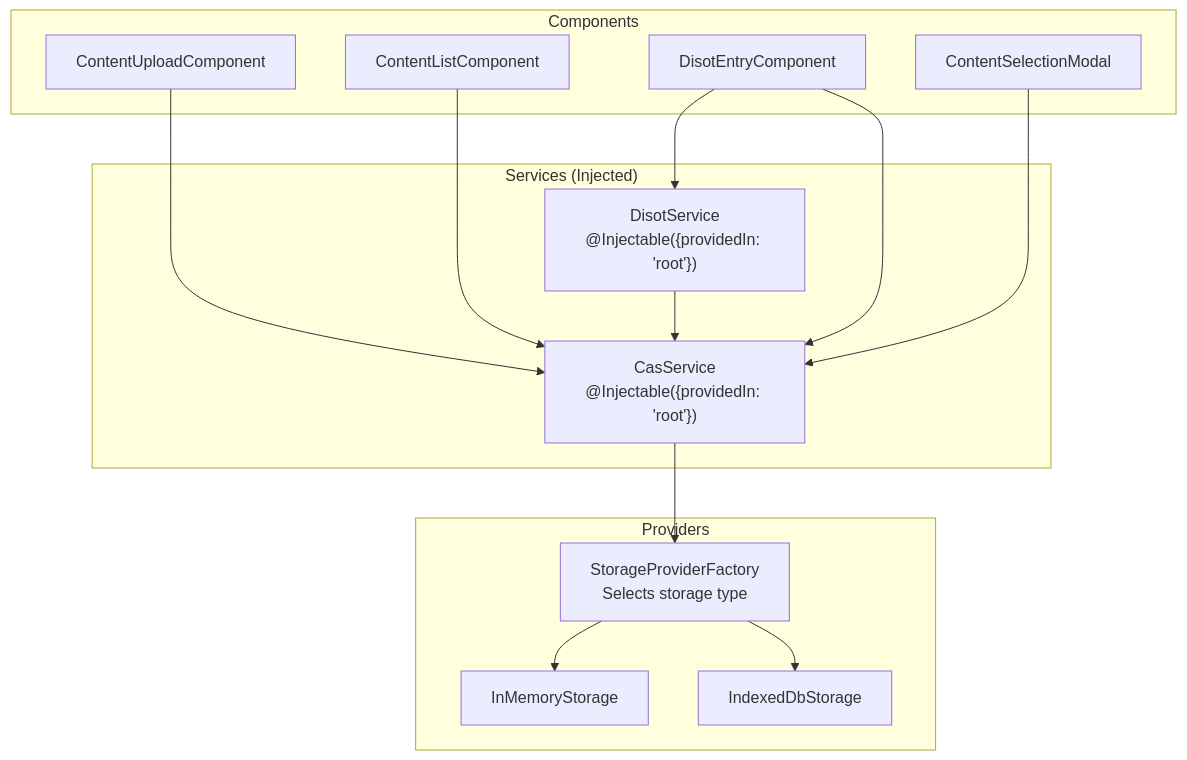
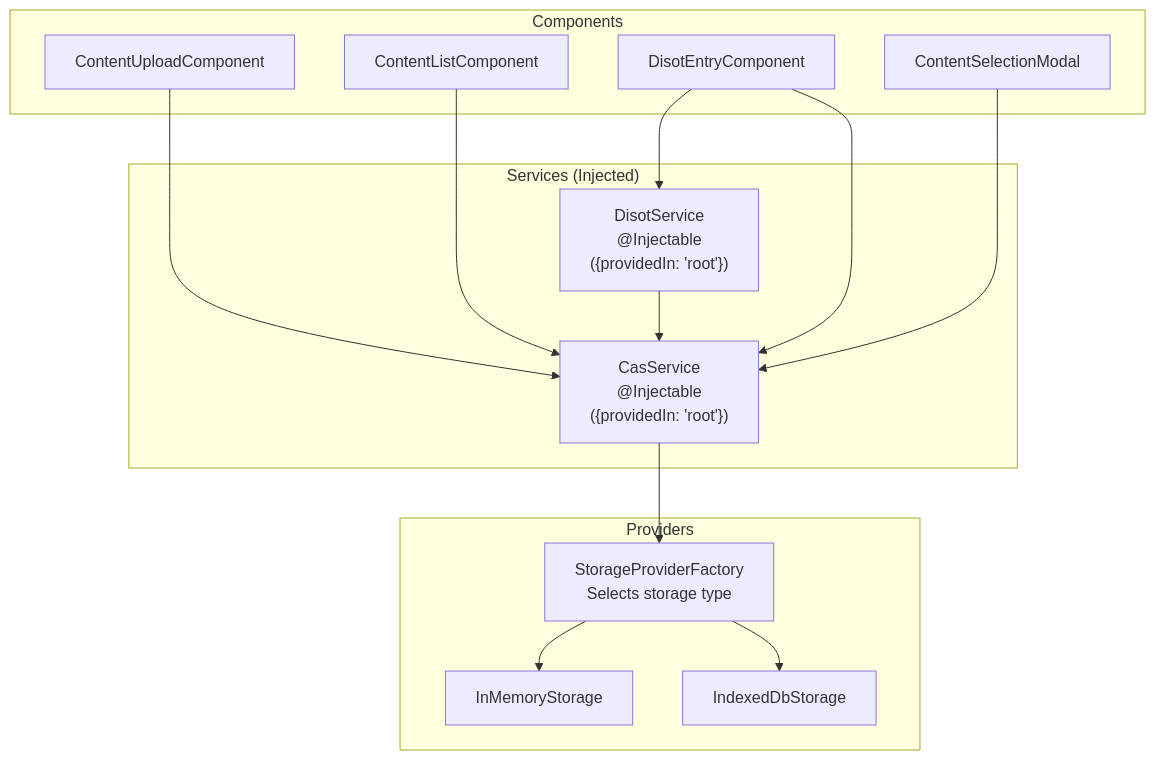
One commit to o2alexanderfedin/angular-cas-disot changed the third of 13 diagrams in docs/architecture/service-architecture.md. Above: the diagram before and after it, drawn with Mermaid. The commit also changed 1 other file, not shown here.

Commit message:
fix: apply consistent multi-line formatting to @Injectable labels
- Split @Injectable({providedIn: 'root'}) across lines for better layout
- Prevents node width issues in Mermaid diagrams
- Consistent with the pattern already applied to CAS service

🤖 Generated with [Claude Code](https://claude.ai/code)

````diff
--- a/docs/architecture/service-architecture.md
+++ b/docs/architecture/service-architecture.md
@@ -66,31 +66,31 @@
 ```mermaid
 graph TD
     subgraph "Components"
         UPLOAD[ContentUploadComponent]
         LIST[ContentListComponent]
         DISOT_COMP[DisotEntryComponent]
         MODAL[ContentSelectionModal]
     end
     
     subgraph "Services (Injected)"
-        CAS["CasService<br/>@Injectable({providedIn: 'root'})"]
-        DISOT["DisotService<br/>@Injectable({providedIn: 'root'})"]
+        CAS["CasService<br/>@Injectable<br/>({providedIn: 'root'})"]
+        DISOT["DisotService<br/>@Injectable<br/>({providedIn: 'root'})"]
     end
     
     subgraph "Providers"
         FACTORY[StorageProviderFactory<br/>Selects storage type]
         MEM[InMemoryStorage]
         IDB[IndexedDbStorage]
     end
     
     UPLOAD --> CAS
     LIST --> CAS
     DISOT_COMP --> DISOT
     DISOT_COMP --> CAS
     MODAL --> CAS
     
     CAS --> FACTORY
     FACTORY --> MEM
     FACTORY --> IDB
     DISOT --> CAS
 ```
````
